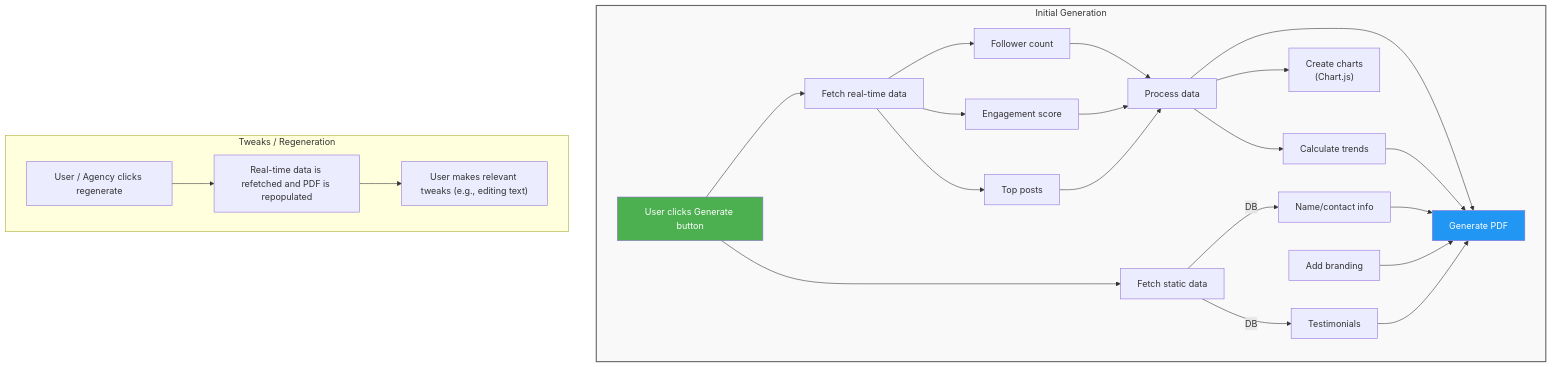
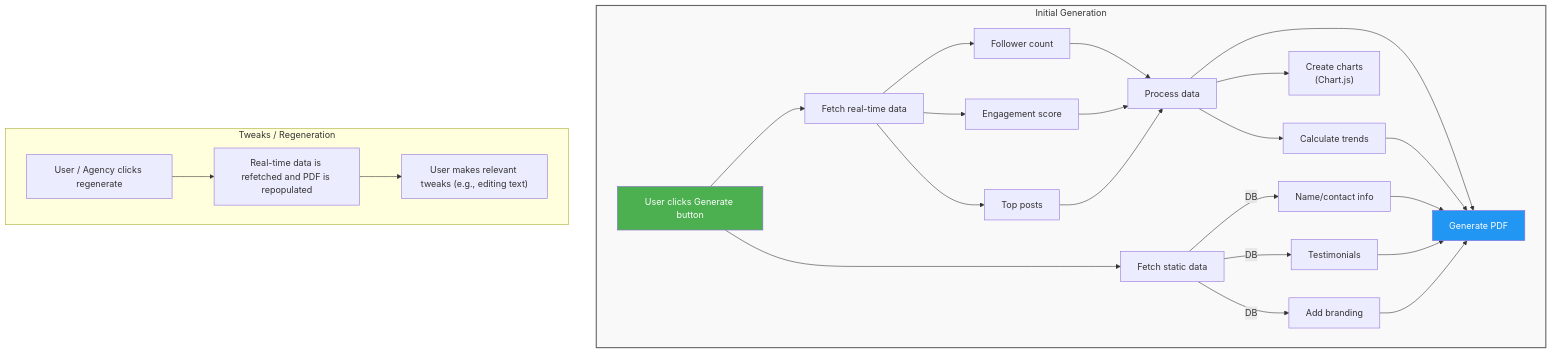
One commit to Amitav-Krishna/test changed the diagram in README.md. Above: the diagram before and after it, drawn with Mermaid.

````diff
--- a/README.md
+++ b/README.md
@@ -3,35 +3,36 @@
 ```mermaid
 flowchart TD
     subgraph Initial_Generation["Initial Generation"]
         A[User clicks Generate button] --> B[Fetch real-time data]
         A --> C[Fetch static data]
         D --> E[Generate PDF]
 
         %% Detailed sub-processes
         B --> B1["Follower count"]
         B --> B2["Engagement score"]
         B --> B3["Top posts"]
         B1 --> D[Process data]
         B2 --> D
         B3 --> D
 
         C -->|DB| C1["Name/contact info"]
         C -->|DB| C2["Testimonials"]
+        C -->|DB| F2["Add branding"]
         C1 --> E
         C2 --> E
         
         D --> D1["Create charts<br/>(Chart.js)"]
         D --> D2["Calculate trends"]
         D2 --> E
         
-        F2["Add branding"] --> E
+        F2 --> E
     end
     subgraph Tweaks / Regeneration
         F[User / Agency clicks regenerate] --> G[Real-time data is refetched and PDF is repopulated]
         G --> H["User makes relevant tweaks (e.g., editing text)"]
     end
 
     style Initial_Generation fill:#f9f9f9,stroke:#666,stroke-width:2px
     style A fill:#4CAF50,color:white
     style E fill:#2196F3,color:white
 ```
````
